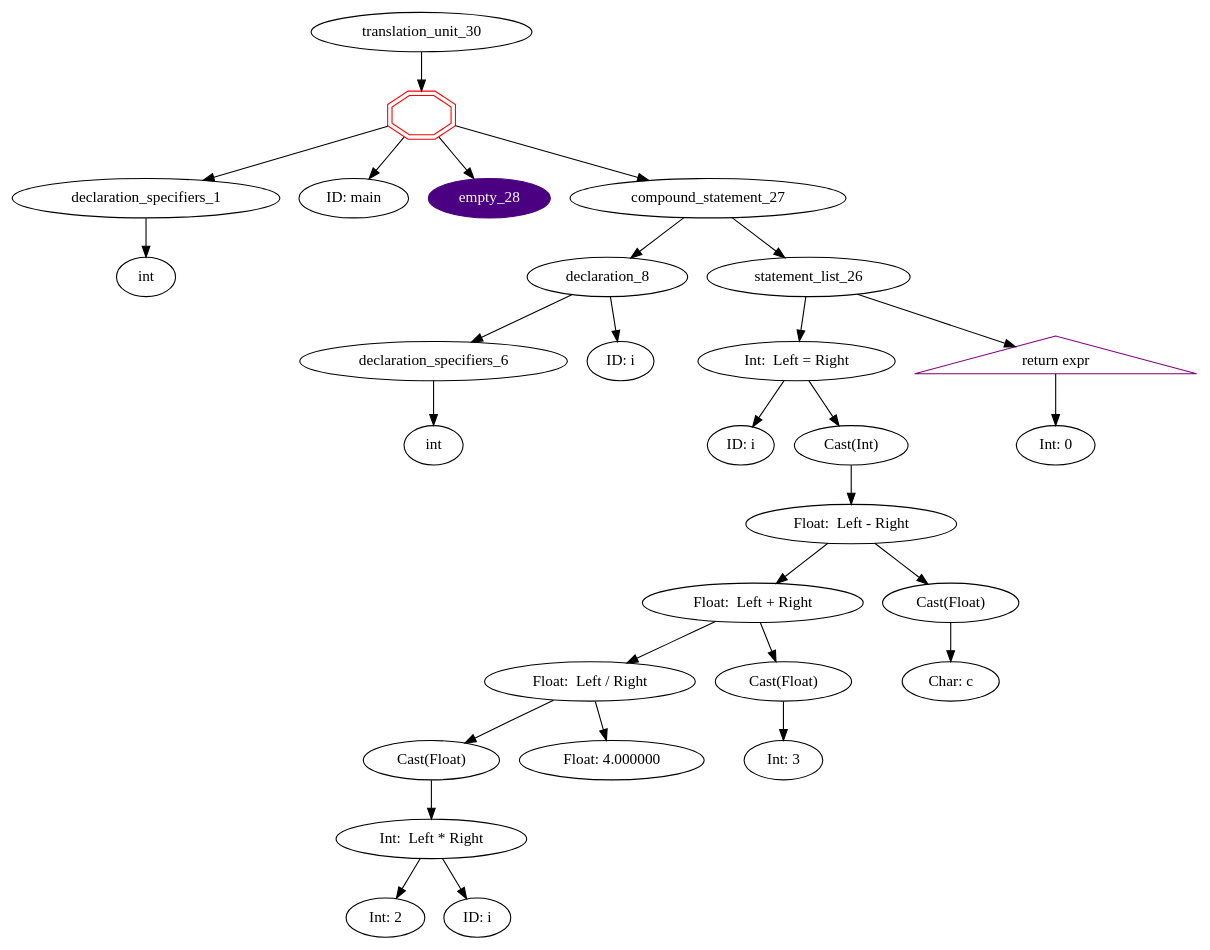
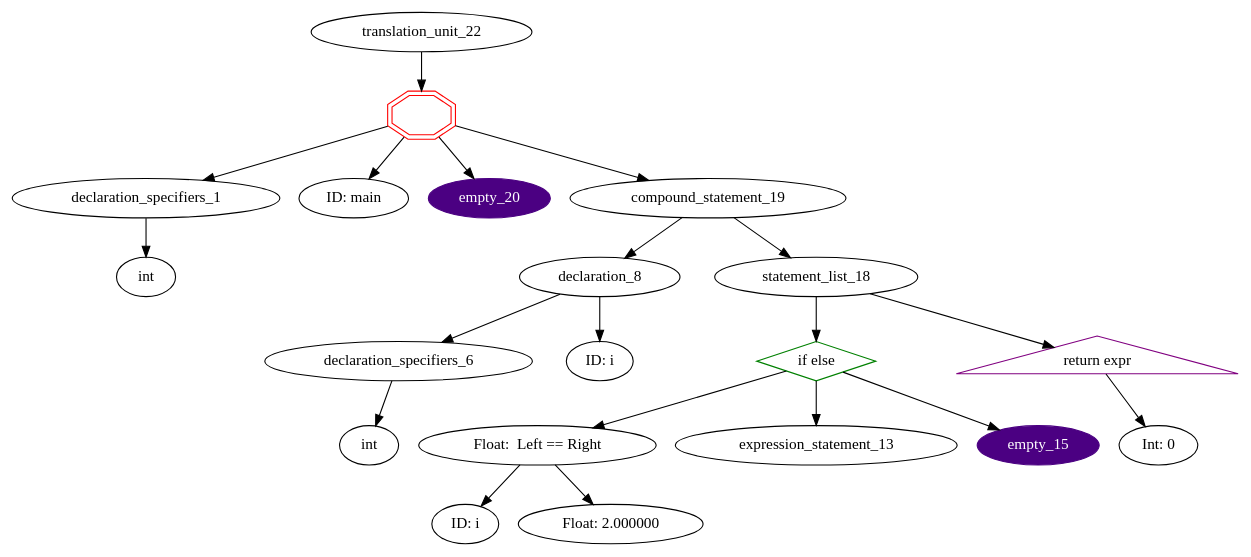
Before and after one commit to ahpalmerUNR/c_compiler: the diagram in graphs/default.gv, drawn with Graphviz. The commit also changed 2 other files, not shown here.

```diff
--- a/graphs/default.gv
+++ b/graphs/default.gv
@@ -1,56 +1,37 @@
 digraph AST {
-	translation_unit_30 -> function_definition_29;
-	function_definition_29 [shape=doubleoctagon,color=red,label=""]
-	function_definition_29 -> declaration_specifiers_1;
+	translation_unit_22 -> function_definition_21;
+	function_definition_21 [shape=doubleoctagon,color=red,label=""]
+	function_definition_21 -> declaration_specifiers_1;
 	declaration_specifiers_1 [label="declaration_specifiers_1"]
 	declaration_specifiers_1 -> type_specifier_0;
 	type_specifier_0 [label="int"]
-	function_definition_29 -> identifier_2;
+	function_definition_21 -> identifier_2;
 	identifier_2 [label="ID: main"]
-	function_definition_29 -> empty_28;
-	empty_28 [style=filled,color=indigo,fontcolor=white]
-	function_definition_29 -> compound_statement_27;
-	compound_statement_27 -> declaration_8;
+	function_definition_21 -> empty_20;
+	empty_20 [style=filled,color=indigo,fontcolor=white]
+	function_definition_21 -> compound_statement_19;
+	compound_statement_19 -> declaration_8;
 	declaration_8 [label="declaration_8"]
 	declaration_8 -> declaration_specifiers_6;
 	declaration_specifiers_6 [label="declaration_specifiers_6"]
 	declaration_specifiers_6 -> type_specifier_5;
 	type_specifier_5 [label="int"]
 	declaration_8 -> identifier_7;
 	identifier_7 [label="ID: i"]
-	compound_statement_27 -> statement_list_26;
-	statement_list_26 -> assignment_expression_22;
-	assignment_expression_22 [label="Int:  Left = Right"]
-	assignment_expression_22 -> identifier_9;
+	compound_statement_19 -> statement_list_18;
+	statement_list_18 -> selection_statement_14;
+	selection_statement_14 [shape=diamond,color=green,label="if else"]
+	selection_statement_14 -> equality_expression_11;
+	equality_expression_11 [label="Float:  Left == Right"]
+	equality_expression_11 -> identifier_9;
 	identifier_9 [label="ID: i"]
-	assignment_expression_22 -> Implicit_Cast_23;
-	Implicit_Cast_23 [label="Cast(Int)"]
-	Implicit_Cast_23 -> operator_expression_20;
-	operator_expression_20 [label="Float:  Left - Right"]
-	operator_expression_20 -> operator_expression_17;
-	operator_expression_17 [label="Float:  Left + Right"]
-	operator_expression_17 -> operator_expression_14;
-	operator_expression_14 [label="Float:  Left / Right"]
-	operator_expression_14 -> Implicit_Cast15;
-	Implicit_Cast15 [label="Cast(Float)"]
-	Implicit_Cast15 -> operator_expression_12;
-	operator_expression_12 [label="Int:  Left * Right"]
-	operator_expression_12 -> constant_10;
-	constant_10 [label="Int: 2"]
-	operator_expression_12 -> identifier_11;
-	identifier_11 [label="ID: i"]
-	operator_expression_14 -> constant_13;
-	constant_13 [label="Float: 4.000000"]
-	operator_expression_17 -> Implicit_Cast18;
-	Implicit_Cast18 [label="Cast(Float)"]
-	Implicit_Cast18 -> constant_16;
-	constant_16 [label="Int: 3"]
-	operator_expression_20 -> Implicit_Cast21;
-	Implicit_Cast21 [label="Cast(Float)"]
-	Implicit_Cast21 -> constant_19;
-	constant_19 [label="Char: c"]
-	statement_list_26 -> jump_statement_25;
-	jump_statement_25 [shape = triangle,color=purple,label="return expr"]
-	jump_statement_25 -> constant_24;
-	constant_24 [label="Int: 0"]
+	equality_expression_11 -> constant_10;
+	constant_10 [label="Float: 2.000000"]
+	selection_statement_14 -> expression_statement_13;
+	selection_statement_14 -> empty_15;
+	empty_15 [style=filled,color=indigo,fontcolor=white]
+	statement_list_18 -> jump_statement_17;
+	jump_statement_17 [shape = triangle,color=purple,label="return expr"]
+	jump_statement_17 -> constant_16;
+	constant_16 [label="Int: 0"]
 }
```
